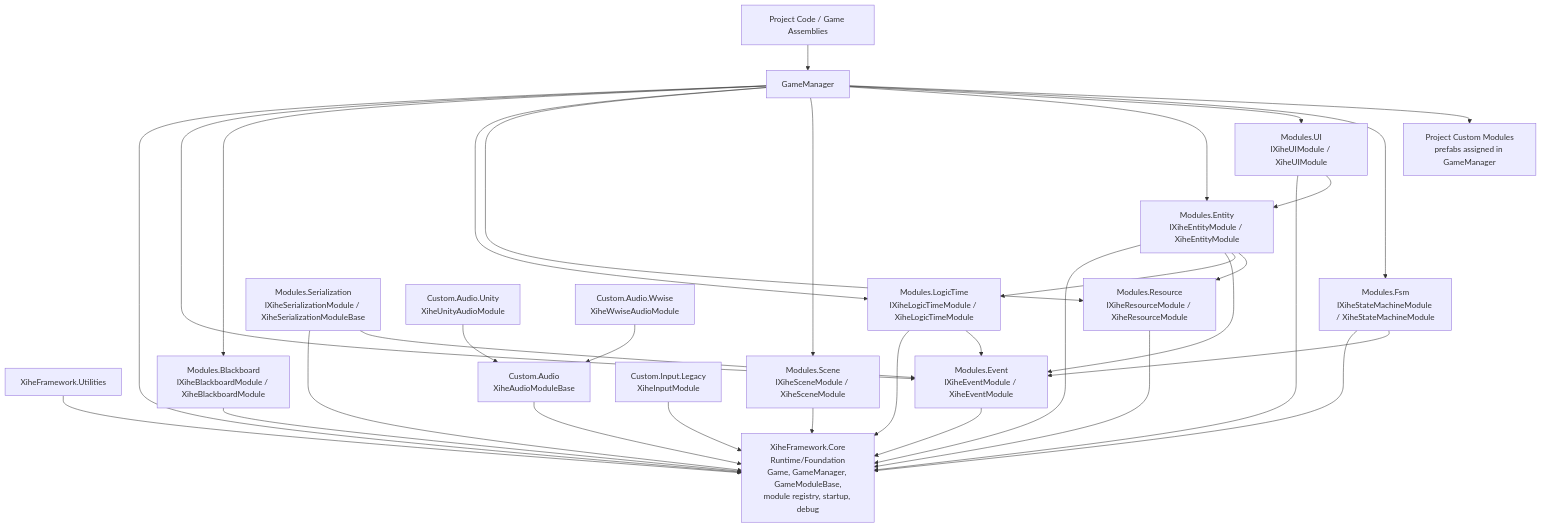
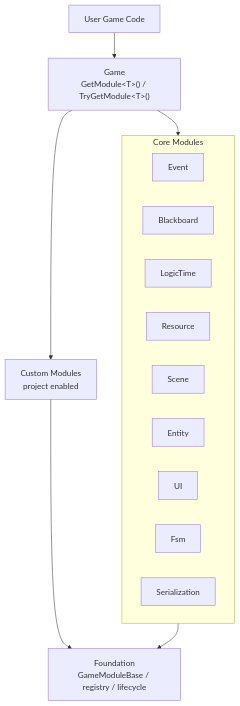
The diagram in README.md (sky-haihai/XiheFramework), drawn with Mermaid before and after one commit. The commit also changed other lines of this file, not shown here.

Commit message:
graph update

````diff
--- a/README.md
+++ b/README.md
@@ -9,59 +9,27 @@
 ```mermaid
-flowchart TD
-    Game["Project Code / Game Assemblies"]
-    GM["GameManager"]
-    Core["XiheFramework.Core<br/>Runtime/Foundation<br/>Game, GameManager, GameModuleBase,<br/>module registry, startup, debug"]
-    Util["XiheFramework.Utilities"]
+flowchart TB
+    User["User Game Code"]
+    Game["Game<br/>GetModule&lt;T&gt;() / TryGetModule&lt;T&gt;()"]
 
-    Event["Modules.Event<br/>IXiheEventModule / XiheEventModule"]
-    Blackboard["Modules.Blackboard<br/>IXiheBlackboardModule / XiheBlackboardModule"]
-    LogicTime["Modules.LogicTime<br/>IXiheLogicTimeModule / XiheLogicTimeModule"]
-    Resource["Modules.Resource<br/>IXiheResourceModule / XiheResourceModule"]
-    Scene["Modules.Scene<br/>IXiheSceneModule / XiheSceneModule"]
-    Entity["Modules.Entity<br/>IXiheEntityModule / XiheEntityModule"]
-    UI["Modules.UI<br/>IXiheUIModule / XiheUIModule"]
-    Fsm["Modules.Fsm<br/>IXiheStateMachineModule / XiheStateMachineModule"]
-    Serialization["Modules.Serialization<br/>IXiheSerializationModule / XiheSerializationModuleBase"]
+    subgraph Core["Core Modules"]
+        direction LR
+        Event["Event"]
+        Blackboard["Blackboard"]
+        LogicTime["LogicTime"]
+        Resource["Resource"]
+        Scene["Scene"]
+        Entity["Entity"]
+        UI["UI"]
+        Fsm["Fsm"]
+        Serialization["Serialization"]
+    end
 
-    Custom["Project Custom Modules<br/>prefabs assigned in GameManager"]
-    Audio["Custom.Audio<br/>XiheAudioModuleBase"]
-    UnityAudio["Custom.Audio.Unity<br/>XiheUnityAudioModule"]
-    Wwise["Custom.Audio.Wwise<br/>XiheWwiseAudioModule"]
-    Input["Custom.Input.Legacy<br/>XiheInputModule"]
+    Custom["Custom Modules<br/>project enabled"]
+    Foundation["Foundation<br/>GameModuleBase / registry / lifecycle"]
 
-    Game --> GM
-    GM --> Core
-    GM --> Event
-    GM --> Blackboard
-    GM --> LogicTime
-    GM --> Resource
-    GM --> Scene
-    GM --> Entity
-    GM --> UI
-    GM --> Fsm
-    GM --> Custom
-
-    Util --> Core
-    Event --> Core
-    Blackboard --> Core
-    LogicTime --> Core
-    Resource --> Core
-    Scene --> Core
-    Entity --> Core
-    UI --> Core
-    Fsm --> Core
-    Serialization --> Core
-
-    LogicTime --> Event
-    Entity --> Event
-    Entity --> LogicTime
-    Entity --> Resource
-    UI --> Entity
-    Fsm --> Event
-    Serialization --> Event
-
-    UnityAudio --> Audio
-    Wwise --> Audio
-    Audio --> Core
-    Input --> Core
+    User --> Game
+    Game --> Core
+    Game --> Custom
+    Core --> Foundation
+    Custom --> Foundation
 ```
````
